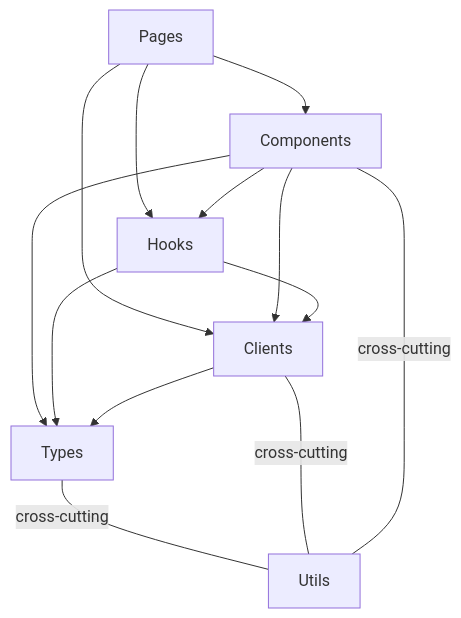
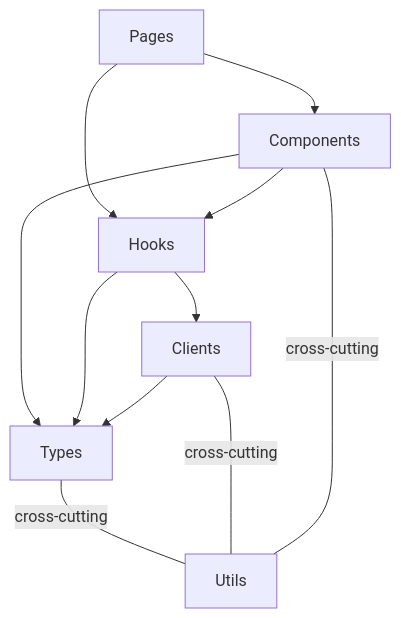
One commit to openshift/faas-console-plugin changed the diagram in docs/ARCHITECTURE.md. Above: the diagram before and after it, drawn with Mermaid. The commit also changed other lines of this file, not shown here.

First line of the commit message:
docs: clarify clients are used only via hooks

````diff
--- a/docs/ARCHITECTURE.md
+++ b/docs/ARCHITECTURE.md
@@ -9,15 +9,13 @@
 ```mermaid
 flowchart TB
     TYPES[Types] ---|cross-cutting| UTILS[Utils]
     CLIENTS[Clients] ---|cross-cutting| UTILS
     COMPONENTS[Components] ---|cross-cutting| UTILS
     PAGES[Pages] --> COMPONENTS[Components]
     PAGES --> HOOKS[Hooks]
-    PAGES --> CLIENTS
     COMPONENTS --> HOOKS
-    COMPONENTS --> CLIENTS
     COMPONENTS --> TYPES
     HOOKS --> CLIENTS[Clients]
     HOOKS --> TYPES
     CLIENTS --> TYPES[Types]
 ```
````
